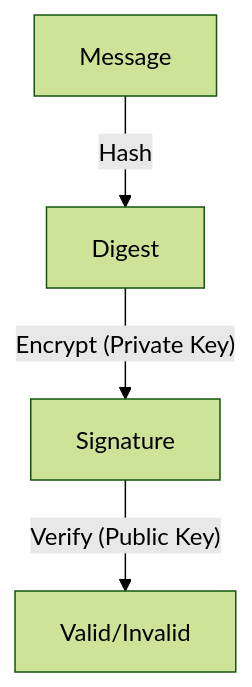
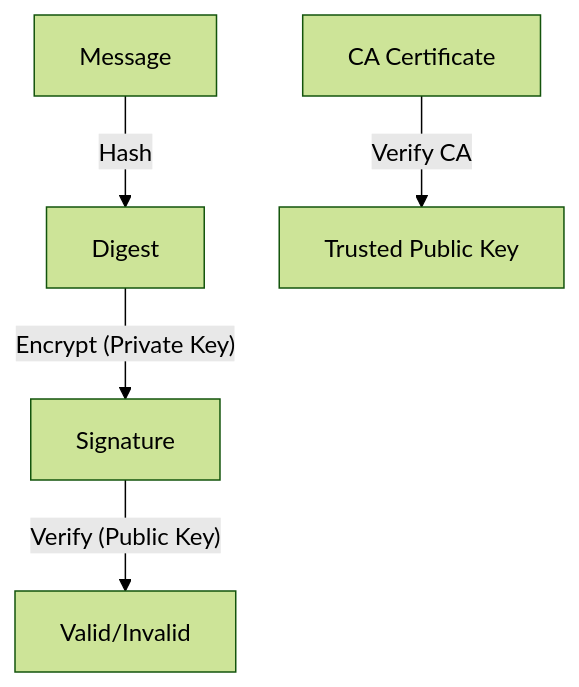
The diagram in ch8/8.3_Message_Integrity_Digital_Signatures.md (Attash2312/cntheory), drawn with Mermaid (forest theme) before and after one commit. The commit also changed other lines of this file and 79 other files, not shown here.

````diff
--- a/ch8/8.3_Message_Integrity_Digital_Signatures.md
+++ b/ch8/8.3_Message_Integrity_Digital_Signatures.md
@@ -25,6 +225,7 @@
 ```mermaid
 graph TD
   A[Message] -- Hash --> B[Digest]
   B -- Encrypt (Private Key) --> C[Signature]
   C -- Verify (Public Key) --> D[Valid/Invalid]
+  E[CA Certificate] -- Verify CA --> F[Trusted Public Key]
 ```
````
